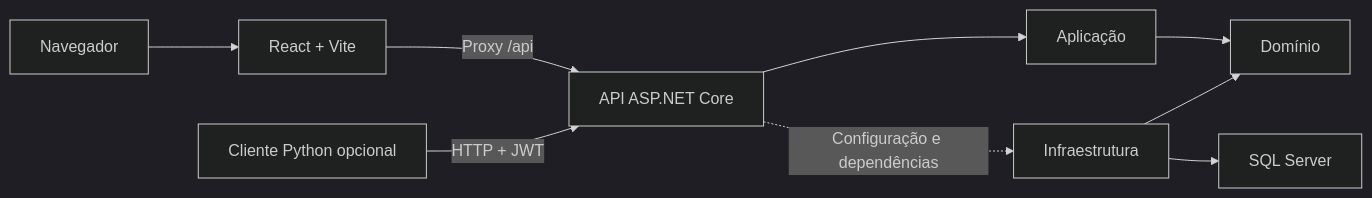
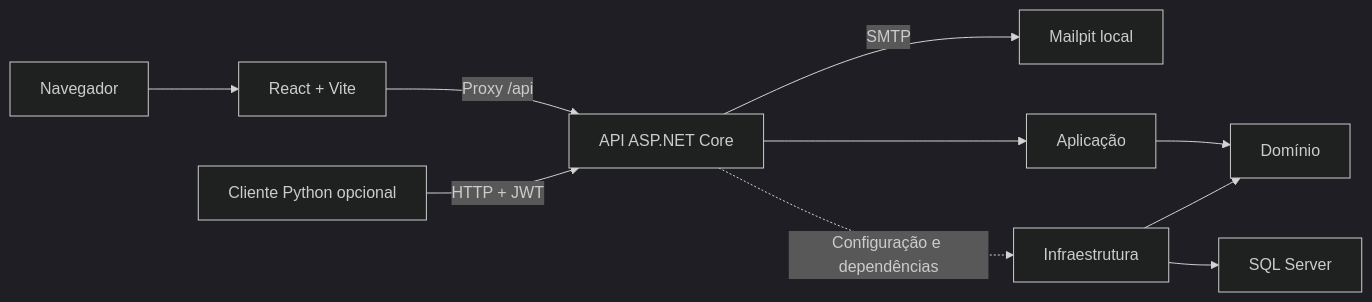
Before and after one commit to JTBCode86/taskpilot-api: the diagram in README.md, drawn with Mermaid (dark theme). The commit also changed other lines of this file and 32 other files, not shown here.

````diff
--- a/README.md
+++ b/README.md
@@ -51,11 +51,12 @@
 ```mermaid
 flowchart LR
     Browser["Navegador"] --> Frontend["React + Vite"]
     Frontend -->|Proxy /api| API["API ASP.NET Core"]
     Python["Cliente Python opcional"] -->|HTTP + JWT| API
+    API -->|SMTP| Mailpit["Mailpit local"]
     API --> Application["Aplicação"]
     Application --> Domain["Domínio"]
     API -. Configuração e dependências .-> Infrastructure["Infraestrutura"]
     Infrastructure --> Domain
     Infrastructure --> SQL["SQL Server"]
 ```
````
